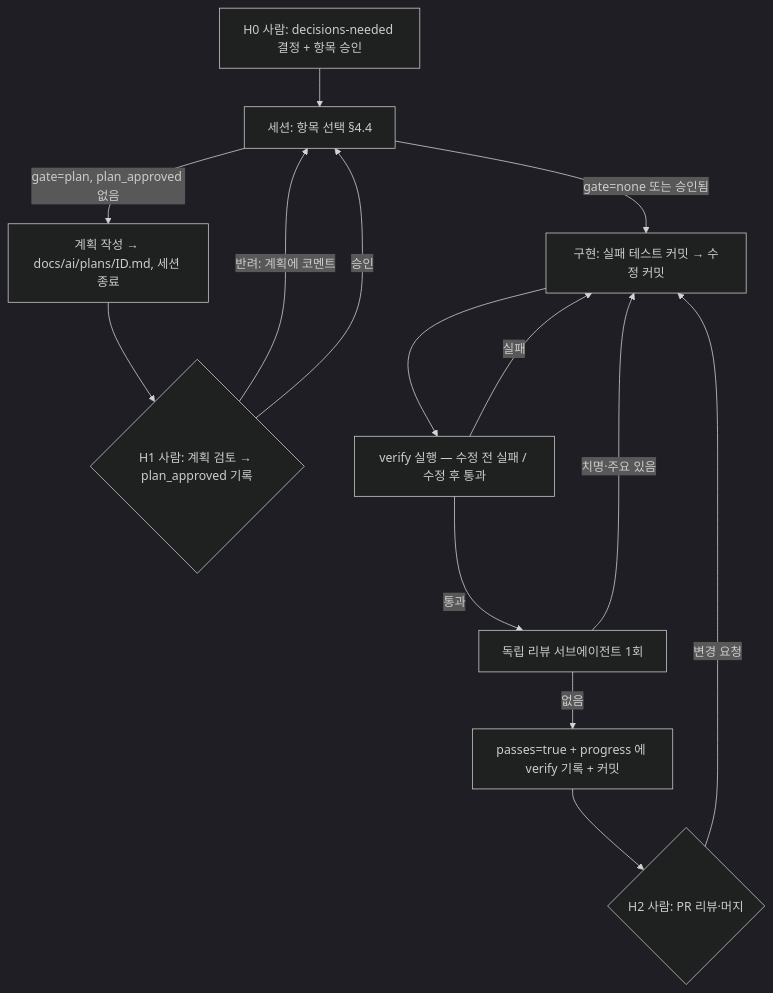
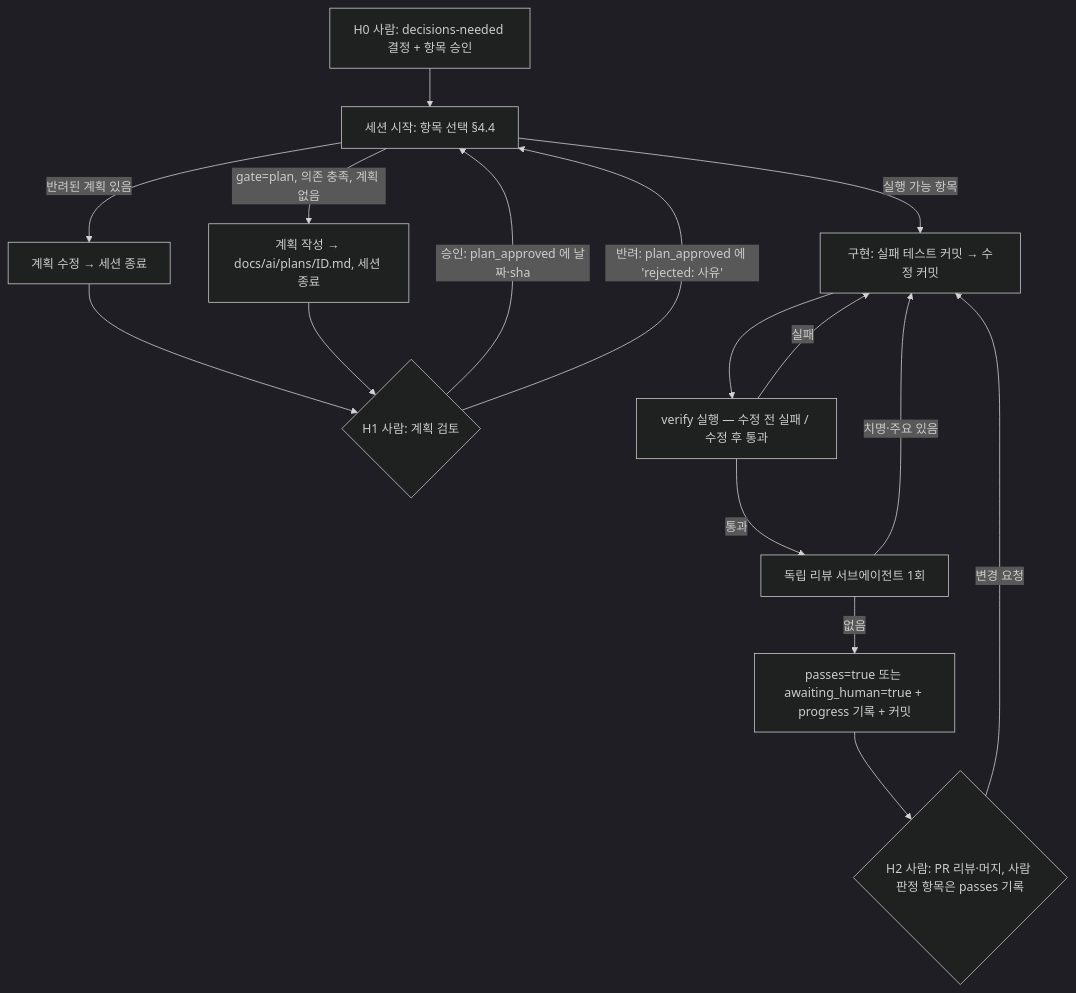
The diagram in docs/ai/ai-workflow.md (kimhyomin97/project-tmi-core), drawn with Mermaid (dark theme) before and after one commit. The commit also changed other lines of this file and 2 other files, not shown here.

First line of the commit message:
docs(ai): ai-workflow round 2 리뷰 반영 (hook 재설계·14 시나리오 실행, 클래스별 verify, 반려·사람 판정 흐름, requires)

````diff
--- a/docs/ai/ai-workflow.md
+++ b/docs/ai/ai-workflow.md
@@ -60,16 +63,18 @@
 ```mermaid
 flowchart TD
-    D[H0 사람: decisions-needed 결정 + 항목 승인] --> S[세션: 항목 선택 §4.4]
-    S -->|gate=plan, plan_approved 없음| P[계획 작성 → docs/ai/plans/ID.md, 세션 종료]
-    P --> H1{H1 사람: 계획 검토 → plan_approved 기록}
-    H1 -->|반려: 계획에 코멘트| S
-    H1 -->|승인| S
-    S -->|gate=none 또는 승인됨| I[구현: 실패 테스트 커밋 → 수정 커밋]
+    D[H0 사람: decisions-needed 결정 + 항목 승인] --> S[세션 시작: 항목 선택 §4.4]
+    S -->|반려된 계획 있음| PR[계획 수정 → 세션 종료]
+    S -->|gate=plan, 의존 충족, 계획 없음| P[계획 작성 → docs/ai/plans/ID.md, 세션 종료]
+    PR --> H1
+    P --> H1{H1 사람: 계획 검토}
+    H1 -->|승인: plan_approved 에 날짜·sha| S
+    H1 -->|반려: plan_approved 에 'rejected: 사유'| S
+    S -->|실행 가능 항목| I[구현: 실패 테스트 커밋 → 수정 커밋]
     I --> V[verify 실행 — 수정 전 실패 / 수정 후 통과]
     V -->|실패| I
     V -->|통과| R[독립 리뷰 서브에이전트 1회]
     R -->|치명·주요 있음| I
-    R -->|없음| C[passes=true + progress 에 verify 기록 + 커밋]
-    C --> H2{H2 사람: PR 리뷰·머지}
+    R -->|없음| C[passes=true 또는 awaiting_human=true + progress 기록 + 커밋]
+    C --> H2{H2 사람: PR 리뷰·머지, 사람 판정 항목은 passes 기록}
     H2 -->|변경 요청| I
 ```
````
